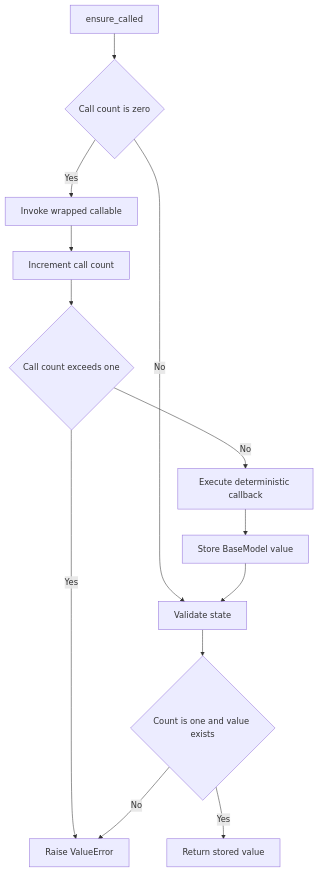
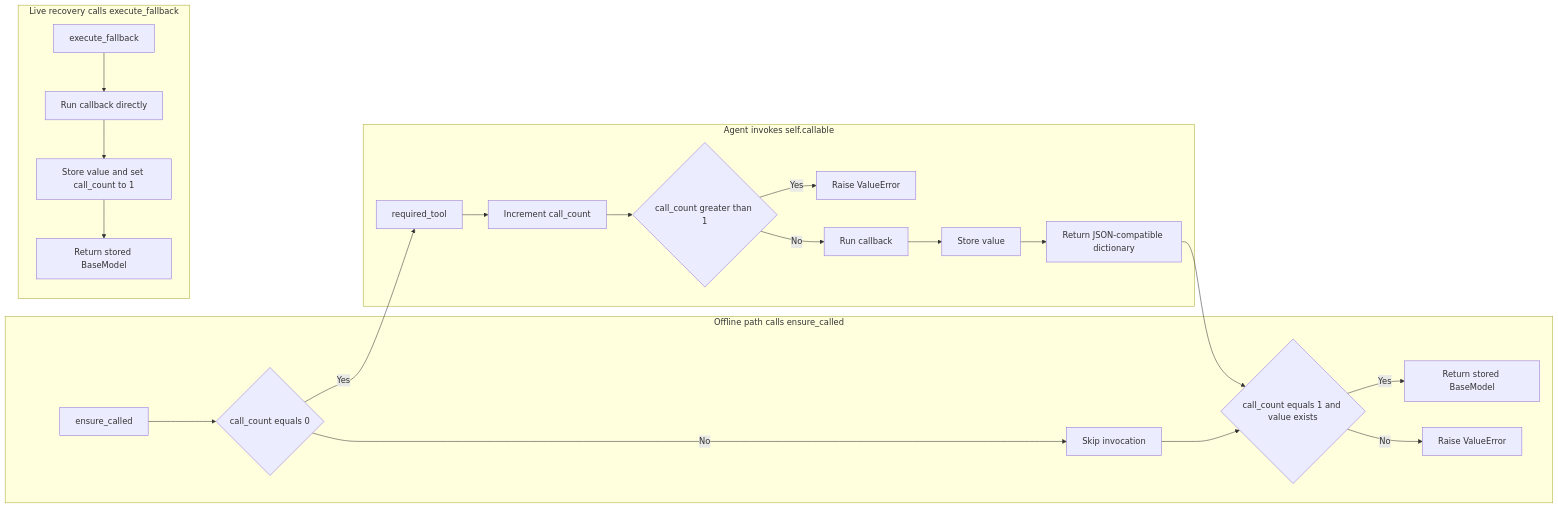
Before and after one commit to sjnoolkar-accenture/Smart-Backlog-Assistant: the third of 3 diagrams in specs/001-smart-backlog-assistant/workflow-code-walkthrough.md, drawn with Mermaid. The commit also changed other lines of this file, not shown here.

Commit message:
Refine callback execution flow and enhance diagram for clarity in workflow code

````diff
--- a/specs/001-smart-backlog-assistant/workflow-code-walkthrough.md
+++ b/specs/001-smart-backlog-assistant/workflow-code-walkthrough.md
@@ -257,15 +258,27 @@
 ```mermaid
-flowchart TD
-    Ensure[ensure_called] --> Called{Call count is zero}
-    Called -->|Yes| Invoke[Invoke wrapped callable]
-    Called -->|No| Validate[Validate state]
-    Invoke --> Increment[Increment call count]
-    Increment --> Duplicate{Call count exceeds one}
-    Duplicate -->|Yes| Error[Raise ValueError]
-    Duplicate -->|No| Callback[Execute deterministic callback]
-    Callback --> Store[Store BaseModel value]
-    Store --> Validate
-    Validate --> Complete{Count is one and value exists}
-    Complete -->|Yes| Return[Return stored value]
-    Complete -->|No| Error
+flowchart LR
+    subgraph Direct[Agent invokes self.callable]
+        A1[required_tool] --> A2[Increment call_count]
+        A2 --> A3{call_count greater than 1}
+        A3 -->|Yes| A4[Raise ValueError]
+        A3 -->|No| A5[Run callback]
+        A5 --> A6[Store value]
+        A6 --> A7[Return JSON-compatible dictionary]
+    end
+
+    subgraph Ensure[Offline path calls ensure_called]
+        E1[ensure_called] --> E2{call_count equals 0}
+        E2 -->|Yes| A1
+        E2 -->|No| E3[Skip invocation]
+        A7 --> E4{call_count equals 1 and value exists}
+        E3 --> E4
+        E4 -->|Yes| E5[Return stored BaseModel]
+        E4 -->|No| E6[Raise ValueError]
+    end
+
+    subgraph Recovery[Live recovery calls execute_fallback]
+        F1[execute_fallback] --> F2[Run callback directly]
+        F2 --> F3[Store value and set call_count to 1]
+        F3 --> F4[Return stored BaseModel]
+    end
 ```
````
